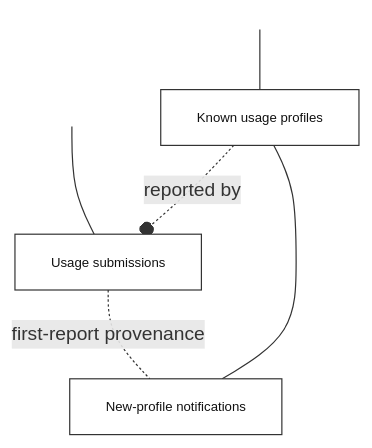
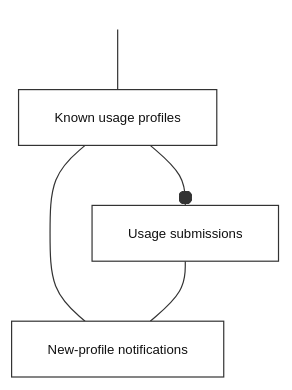
The second of 2 diagrams in supabase/SCHEMA.md (pekka-28/unesco), drawn with Mermaid before and after one commit. The commit also changed other lines of this file and 19 other files, not shown here.

````diff
--- a/supabase/SCHEMA.md
+++ b/supabase/SCHEMA.md
@@ -37,18 +37,16 @@
 ```mermaid
 %%{init: {"themeCSS": "marker circle { fill: #ffffff !important; stroke: #333333 !important; }"}}%%
 flowchart TB
   classDef entity fill:#ffffff,stroke:#333333,color:#111111,font-size:11px
   classDef point fill:transparent,stroke:transparent,color:transparent
   PROFILE_SOURCE(( ))
-  SUBMISSION_SOURCE(( ))
   Profiles["Known usage profiles"]
   Submissions["Usage submissions"]
   Notifications["New-profile notifications"]
   PROFILE_SOURCE --- Profiles
-  SUBMISSION_SOURCE --- Submissions
-  Profiles -. reported by .-o Submissions
+  Profiles --o Submissions
   Profiles --- Notifications
-  Submissions -. first-report provenance .- Notifications
+  Submissions --- Notifications
   class Profiles,Submissions,Notifications entity
-  class PROFILE_SOURCE,SUBMISSION_SOURCE point
+  class PROFILE_SOURCE point
 ```
````
